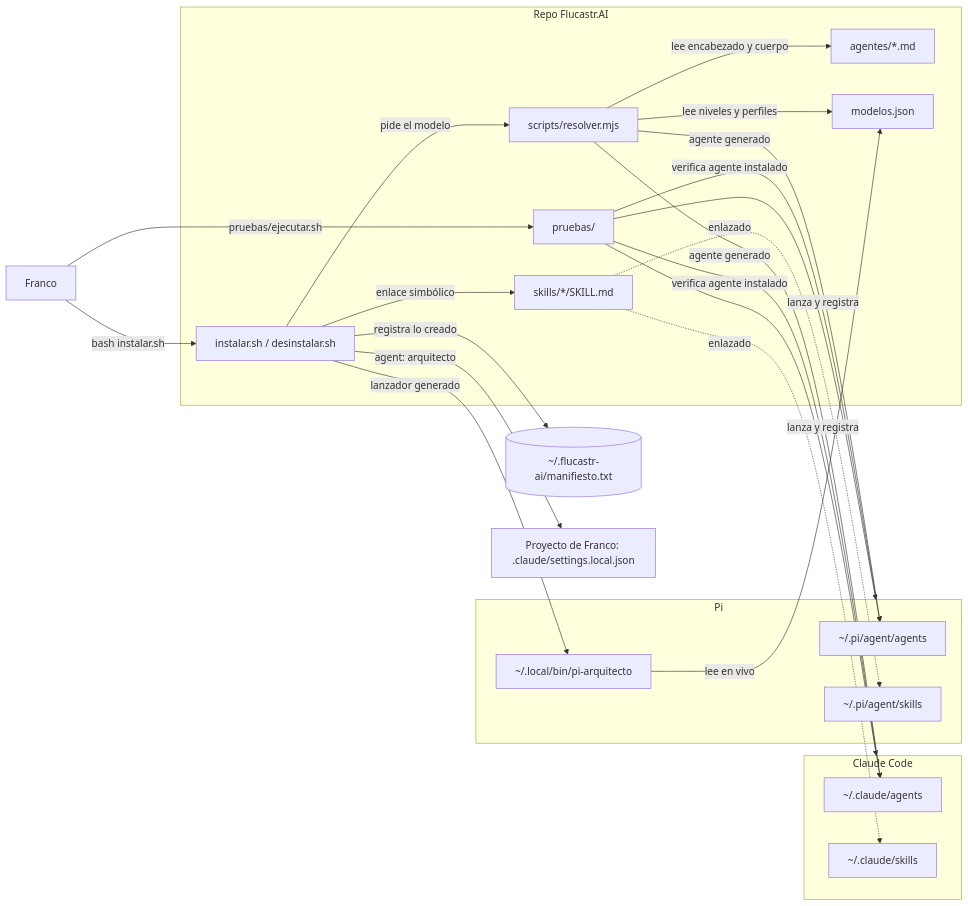
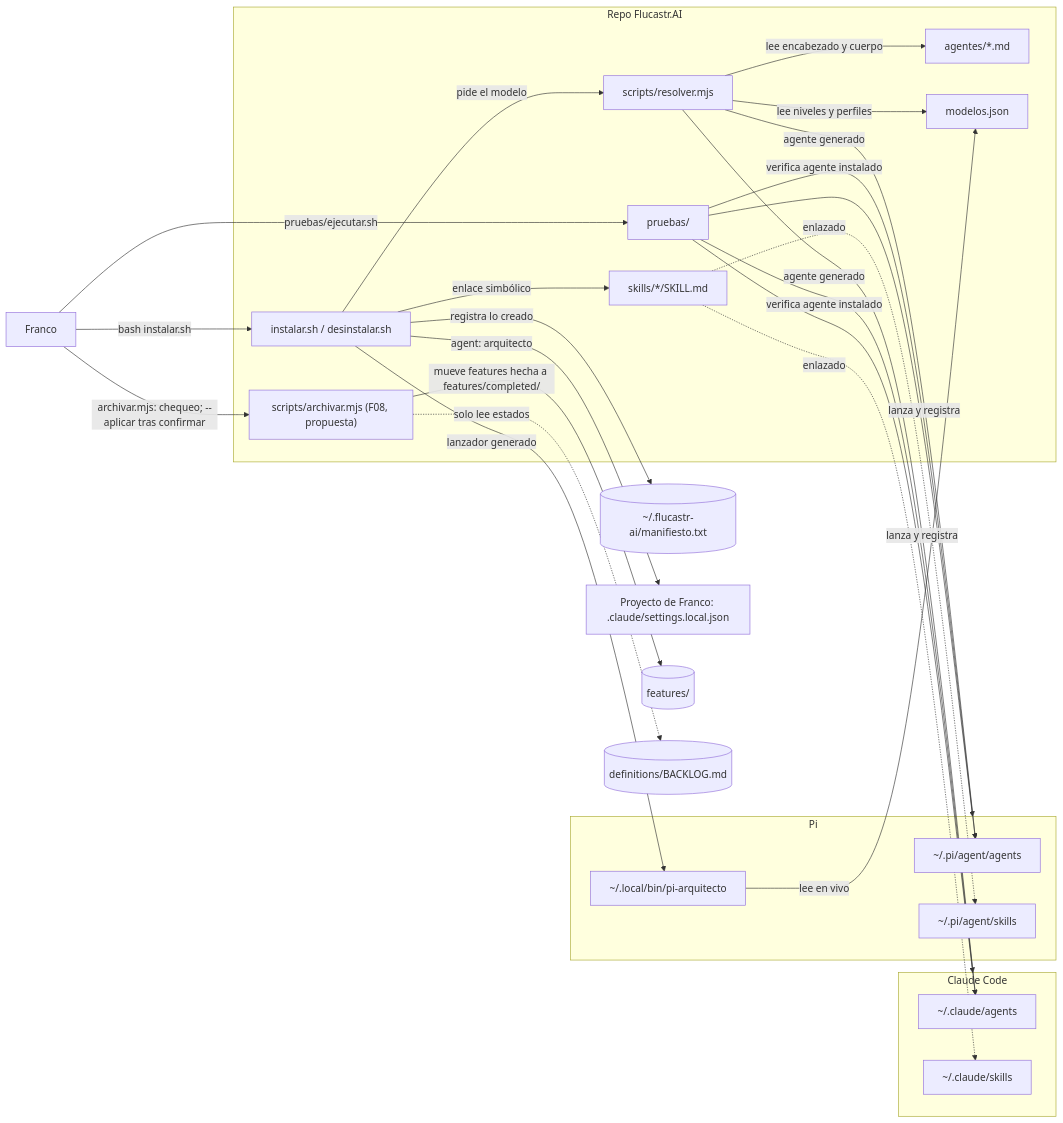
Before and after one commit to francolmc/Flucastr.AI: the first of 2 diagrams in definitions/ARCHITECTURE.md, drawn with Mermaid. The commit also changed other lines of this file and 5 other files, not shown here.

````diff
--- a/definitions/ARCHITECTURE.md
+++ b/definitions/ARCHITECTURE.md
@@ -11,42 +11,46 @@
 ```mermaid
 flowchart LR
   F["Franco"]
   subgraph REPO["Repo Flucastr.AI"]
     AG["agentes/*.md"]
     SK["skills/*/SKILL.md"]
     MJ["modelos.json"]
     RS["scripts/resolver.mjs"]
+    AR["scripts/archivar.mjs (F08, propuesta)"]
     IN["instalar.sh / desinstalar.sh"]
     PR["pruebas/"]
   end
   MF[("~/.flucastr-ai/manifiesto.txt")]
   subgraph CC["Claude Code"]
     CCA["~/.claude/agents"]
     CCS["~/.claude/skills"]
   end
   subgraph PI["Pi"]
     PIA["~/.pi/agent/agents"]
     PIS["~/.pi/agent/skills"]
     PIL["~/.local/bin/pi-arquitecto"]
   end
   PRJ["Proyecto de Franco: .claude/settings.local.json"]
 
   F -->|"bash instalar.sh"| IN
   IN -->|"pide el modelo"| RS
   RS -->|"lee niveles y perfiles"| MJ
   RS -->|"lee encabezado y cuerpo"| AG
   IN -->|"enlace simbólico"| SK
   SK -.->|"enlazado"| CCS
   SK -.->|"enlazado"| PIS
   RS -->|"agente generado"| CCA
   RS -->|"agente generado"| PIA
   IN -->|"lanzador generado"| PIL
   PIL -->|"lee en vivo"| MJ
   IN -->|"registra lo creado"| MF
   IN -->|"agent: arquitecto"| PRJ
+  F -->|"archivar.mjs: chequeo; --aplicar tras confirmar"| AR
+  AR -->|"mueve features hecha a features/completed/"| FT[("features/")]
+  AR -.->|"solo lee estados"| BKL[("definitions/BACKLOG.md")]
   F -->|"pruebas/ejecutar.sh"| PR
   PR -->|"verifica agente instalado"| CCA
   PR -->|"verifica agente instalado"| PIA
   PR -->|"lanza y registra"| CC
   PR -->|"lanza y registra"| PI
 ```
````
